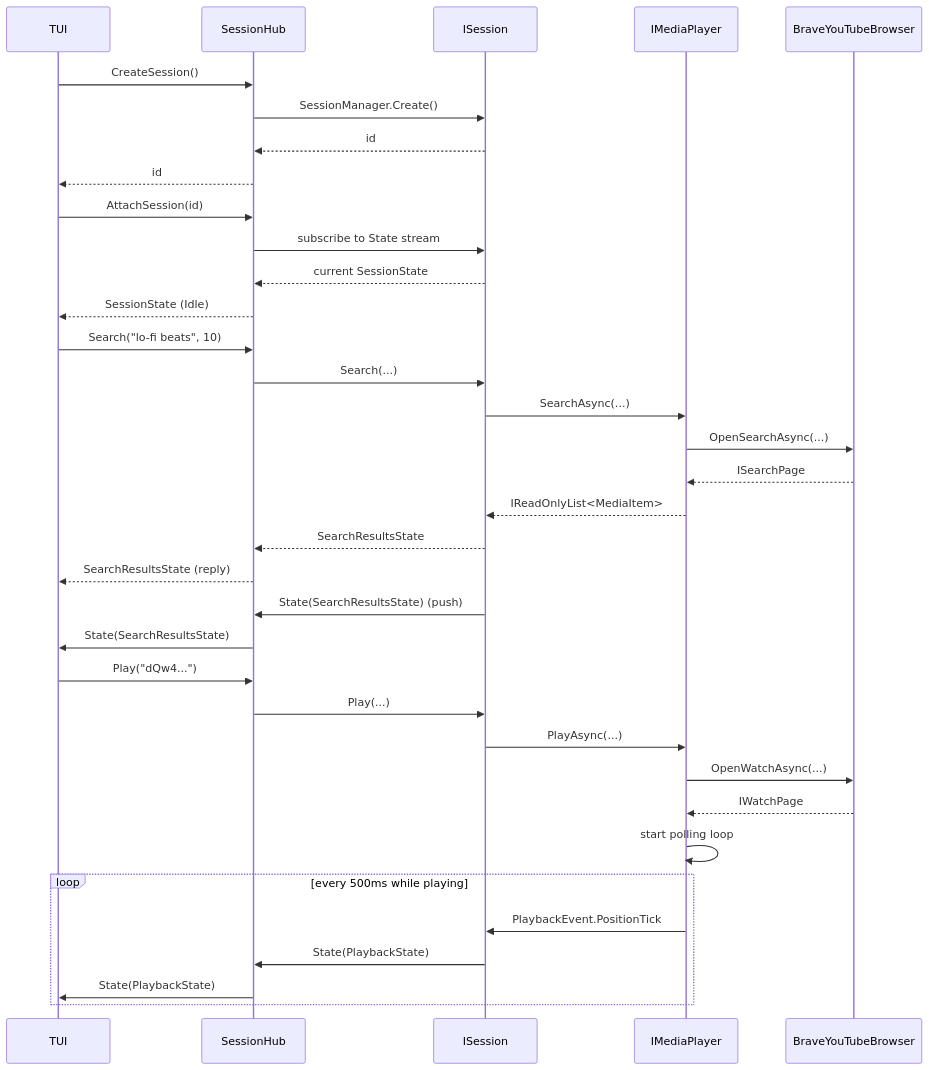
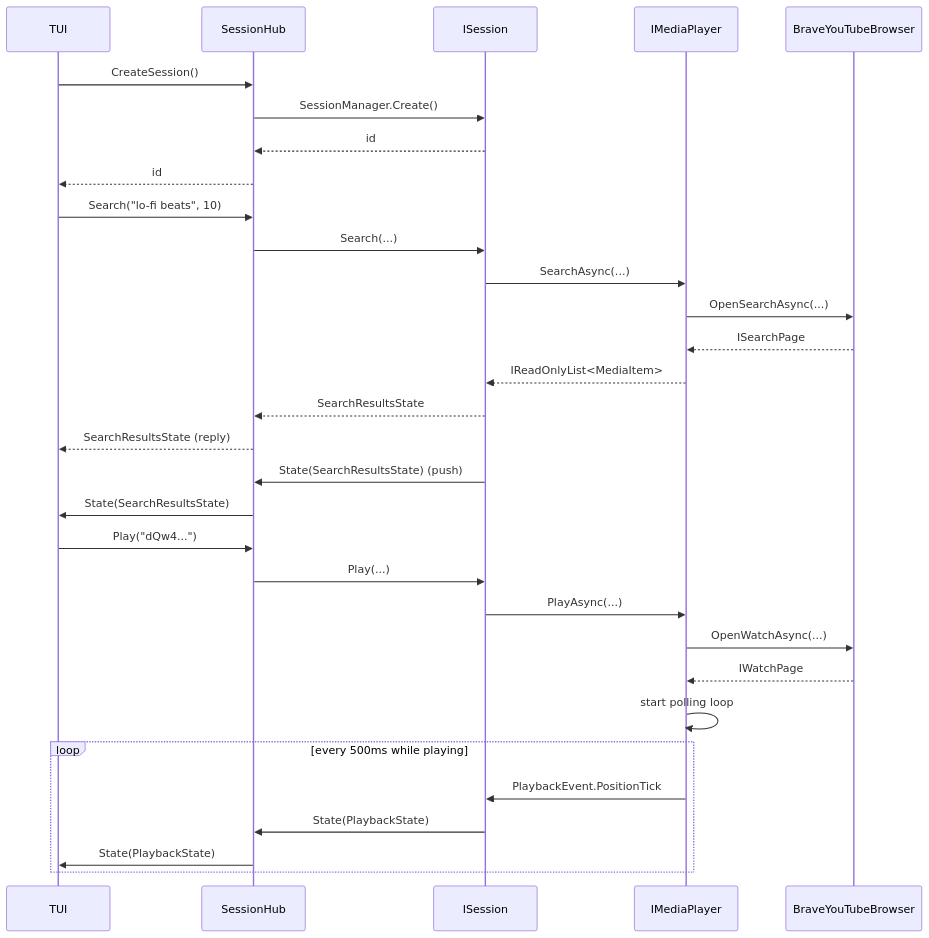
Before and after one commit to Yeti47/BluKube: the fourth of 7 diagrams in doc/server-design.md, drawn with Mermaid. The commit also changed other lines of this file and 18 other files, not shown here.

````diff
--- a/doc/server-design.md
+++ b/doc/server-design.md
@@ -253,41 +247,36 @@
 ```mermaid
 sequenceDiagram
     participant TUI
     participant Hub as SessionHub
     participant Sess as ISession
     participant Player as IMediaPlayer
     participant Brave as BraveYouTubeBrowser
 
     TUI->>Hub: CreateSession()
     Hub->>Sess: SessionManager.Create()
     Sess-->>Hub: id
     Hub-->>TUI: id
-
-    TUI->>Hub: AttachSession(id)
-    Hub->>Sess: subscribe to State stream
-    Sess-->>Hub: current SessionState
-    Hub-->>TUI: SessionState (Idle)
 
     TUI->>Hub: Search("lo-fi beats", 10)
     Hub->>Sess: Search(...)
     Sess->>Player: SearchAsync(...)
     Player->>Brave: OpenSearchAsync(...)
     Brave-->>Player: ISearchPage
     Player-->>Sess: IReadOnlyList<MediaItem>
     Sess-->>Hub: SearchResultsState
     Hub-->>TUI: SearchResultsState (reply)
     Sess->>Hub: State(SearchResultsState) (push)
     Hub->>TUI: State(SearchResultsState)
 
     TUI->>Hub: Play("dQw4...")
     Hub->>Sess: Play(...)
     Sess->>Player: PlayAsync(...)
     Player->>Brave: OpenWatchAsync(...)
     Brave-->>Player: IWatchPage
     Player->>Player: start polling loop
     loop every 500ms while playing
         Player->>Sess: PlaybackEvent.PositionTick
         Sess->>Hub: State(PlaybackState)
         Hub->>TUI: State(PlaybackState)
     end
 ```
````
